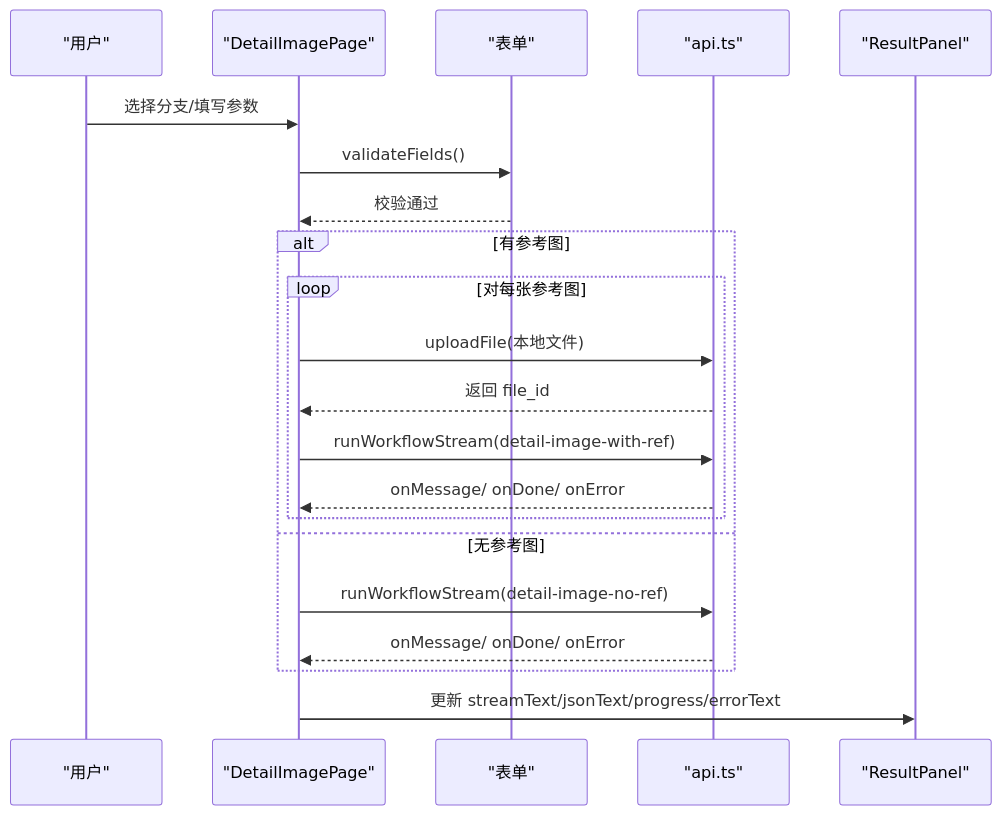
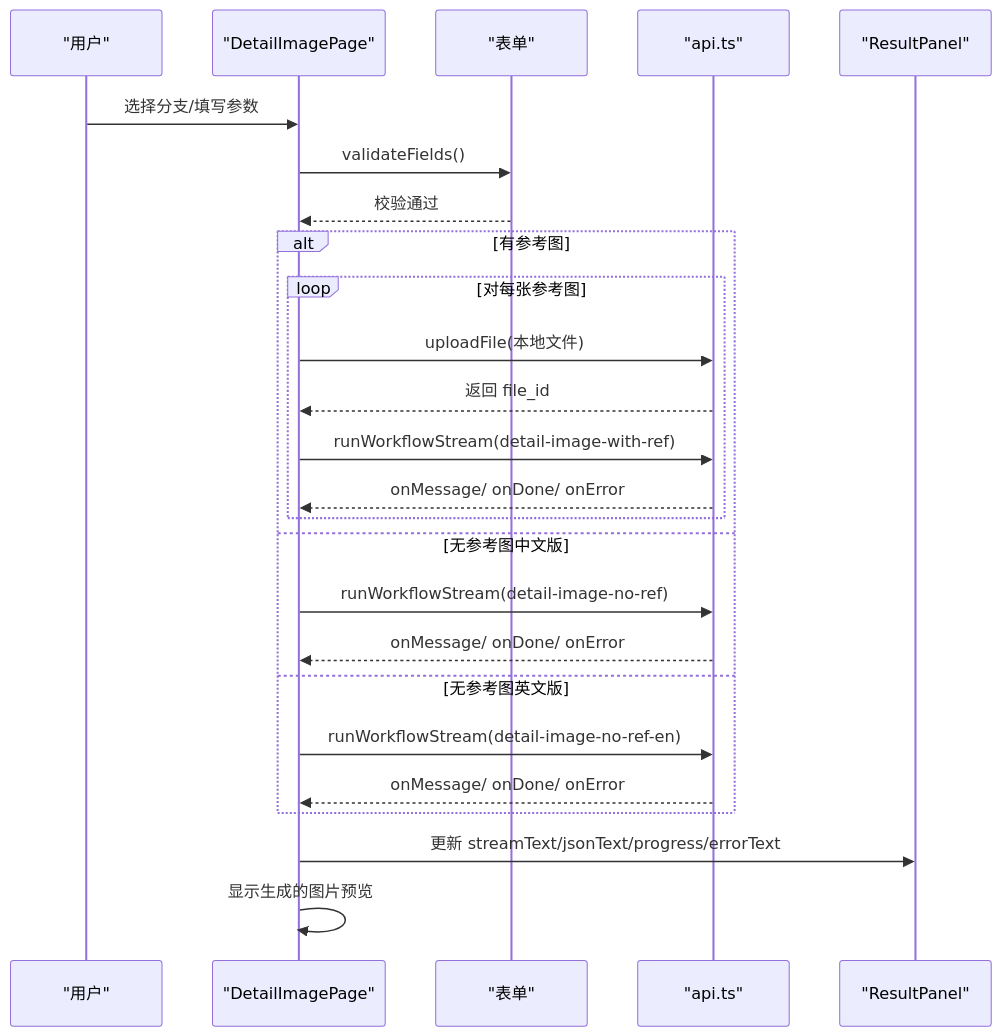
One commit to hanksd769-droid/sailshub changed the eighth of 13 diagrams in .qoder/repowiki/zh/content/前端组件架构/页面组件/页面组件.md. Above: the diagram before and after it, drawn with Mermaid. The commit also changed other lines of this file and 10 other files, not shown here.

````diff
--- a/.qoder/repowiki/zh/content/前端组件架构/页面组件/页面组件.md
+++ b/.qoder/repowiki/zh/content/前端组件架构/页面组件/页面组件.md
@@ -310,23 +262,27 @@
 ```mermaid
 sequenceDiagram
 participant U as "用户"
 participant P as "DetailImagePage"
 participant F as "表单"
 participant A as "api.ts"
 participant R as "ResultPanel"
 U->>P : 选择分支/填写参数
 P->>F : validateFields()
 F-->>P : 校验通过
 alt 有参考图
 loop 对每张参考图
 P->>A : uploadFile(本地文件)
 A-->>P : 返回 file_id
 P->>A : runWorkflowStream(detail-image-with-ref)
 A-->>P : onMessage/ onDone/ onError
 end
-else 无参考图
+else 无参考图中文版
 P->>A : runWorkflowStream(detail-image-no-ref)
+A-->>P : onMessage/ onDone/ onError
+else 无参考图英文版
+P->>A : runWorkflowStream(detail-image-no-ref-en)
 A-->>P : onMessage/ onDone/ onError
 end
 P->>R : 更新 streamText/jsonText/progress/errorText
+P->>P : 显示生成的图片预览
 ```
````
